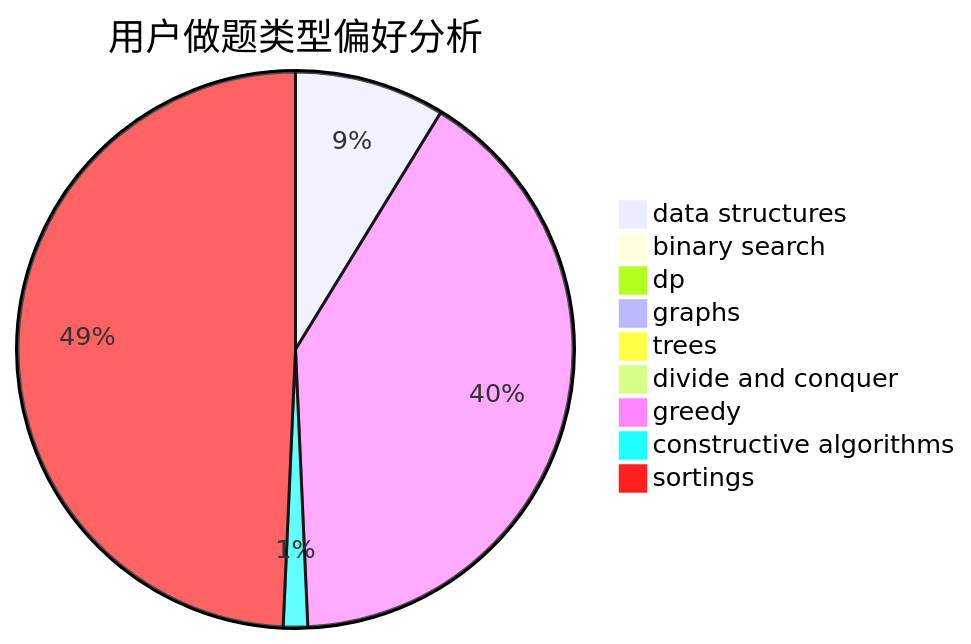
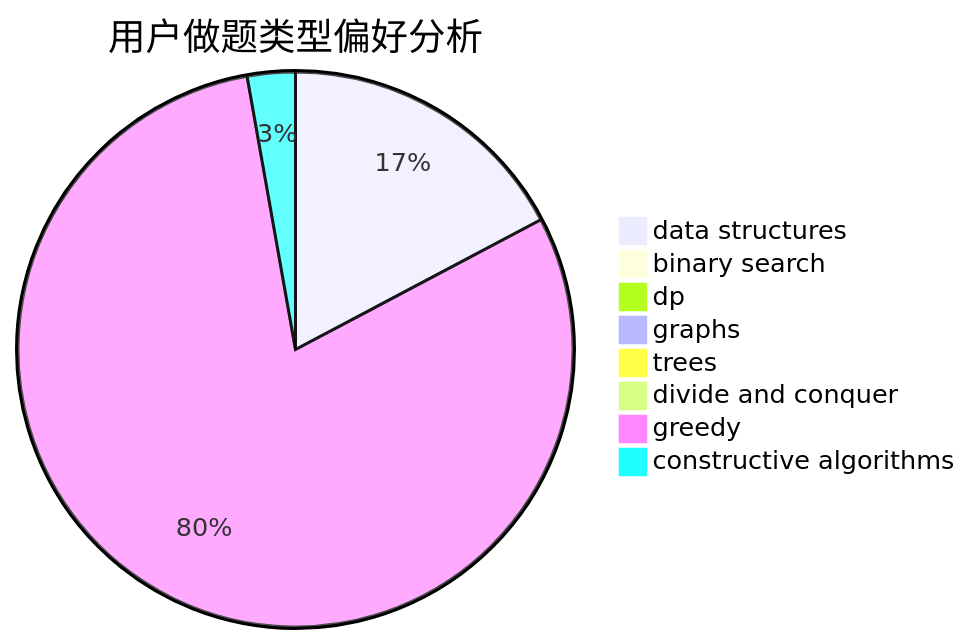
Before and after one commit to sherpahu/cfrs.github.io: the second of 3 diagrams in docs/user/u10.md, drawn with Mermaid. The commit also changed other lines of this file and 2769 other files, not shown here.

````diff
--- a/docs/user/u10.md
+++ b/docs/user/u10.md
@@ -18,12 +18,11 @@
 ```mermaid
 pie title 用户做题类型偏好分析
     "data structures" :  68
     "binary search" :  0
     "dp" :  0
     "graphs" :  1
     "trees" :  0
     "divide and conquer" :  0
     "greedy" :  315
     "constructive algorithms" :  11
-    "sortings" :  383
 ```
````
